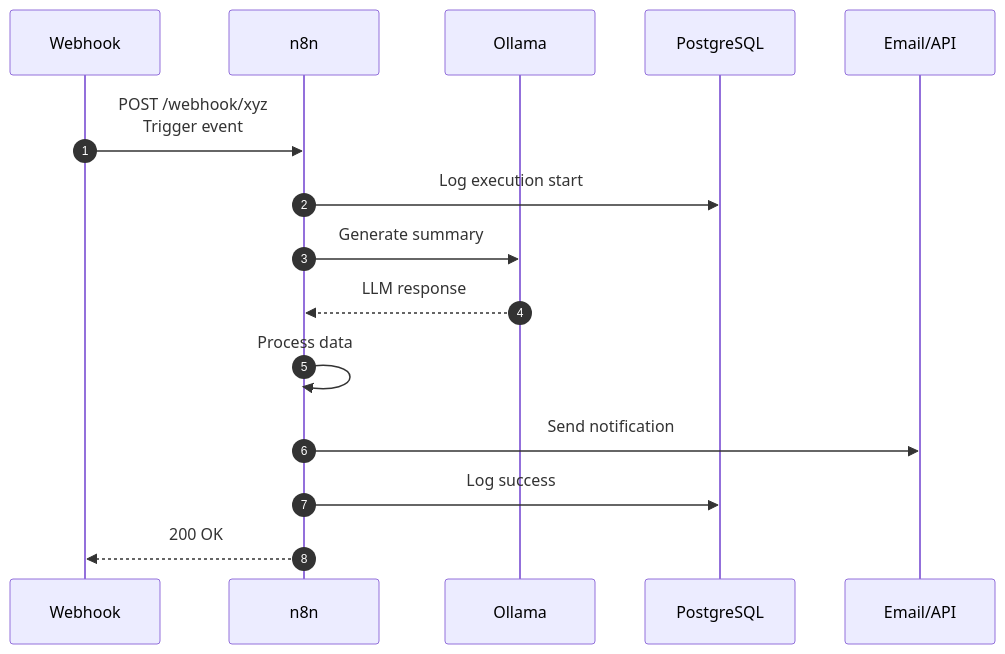
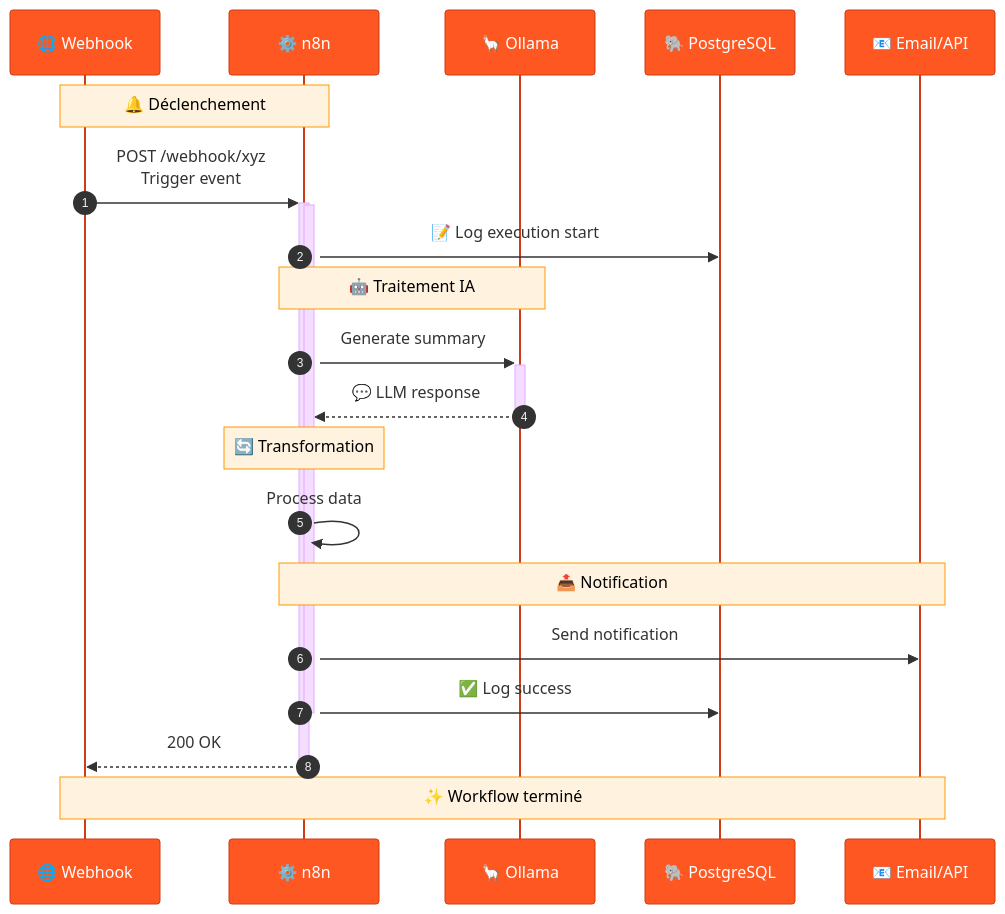
The ninth of 14 diagrams in docs/ARCHITECTURE.md (MPFabio/Stack-IA), drawn with Mermaid before and after one commit. The commit also changed other lines of this file, not shown here.

First line of the commit message:
feat(docs): Architecture ultra-colorée et moderne

````diff
--- a/docs/ARCHITECTURE.md
+++ b/docs/ARCHITECTURE.md
@@ -463,18 +523,33 @@
 ```mermaid
+%%{init: {'theme':'base', 'themeVariables': {'actorBkg':'#FF5722','actorBorder':'#cc3d18','actorTextColor':'#fff','noteBkgColor':'#fff3e0','noteTextColor':'#000','noteBorderColor':'#ff9800'}}}%%
 sequenceDiagram
     autonumber
-    participant W as Webhook
-    participant N as n8n
-    participant O as Ollama
-    participant P as PostgreSQL
-    participant E as Email/API
+    participant W as 🌐 Webhook
+    participant N as ⚙️ n8n
+    participant O as 🦙 Ollama
+    participant P as 🐘 PostgreSQL
+    participant E as 📧 Email/API
     
-    W->>N: POST /webhook/xyz<br/>Trigger event
-    N->>P: Log execution start
-    N->>O: Generate summary
-    O-->>N: LLM response
+    Note over W,N: 🔔 Déclenchement
+    W->>+N: POST /webhook/xyz<br/>Trigger event
+    
+    activate N
+    N->>P: 📝 Log execution start
+    
+    Note over N,O: 🤖 Traitement IA
+    N->>+O: Generate summary
+    O-->>-N: 💬 LLM response
+    
+    Note over N: 🔄 Transformation
     N->>N: Process data
+    
+    Note over N,E: 📤 Notification
     N->>E: Send notification
-    N->>P: Log success
-    N-->>W: 200 OK
+    
+    N->>P: ✅ Log success
+    deactivate N
+    
+    N-->>-W: 200 OK
+    
+    Note over W,E: ✨ Workflow terminé
 ```
````
